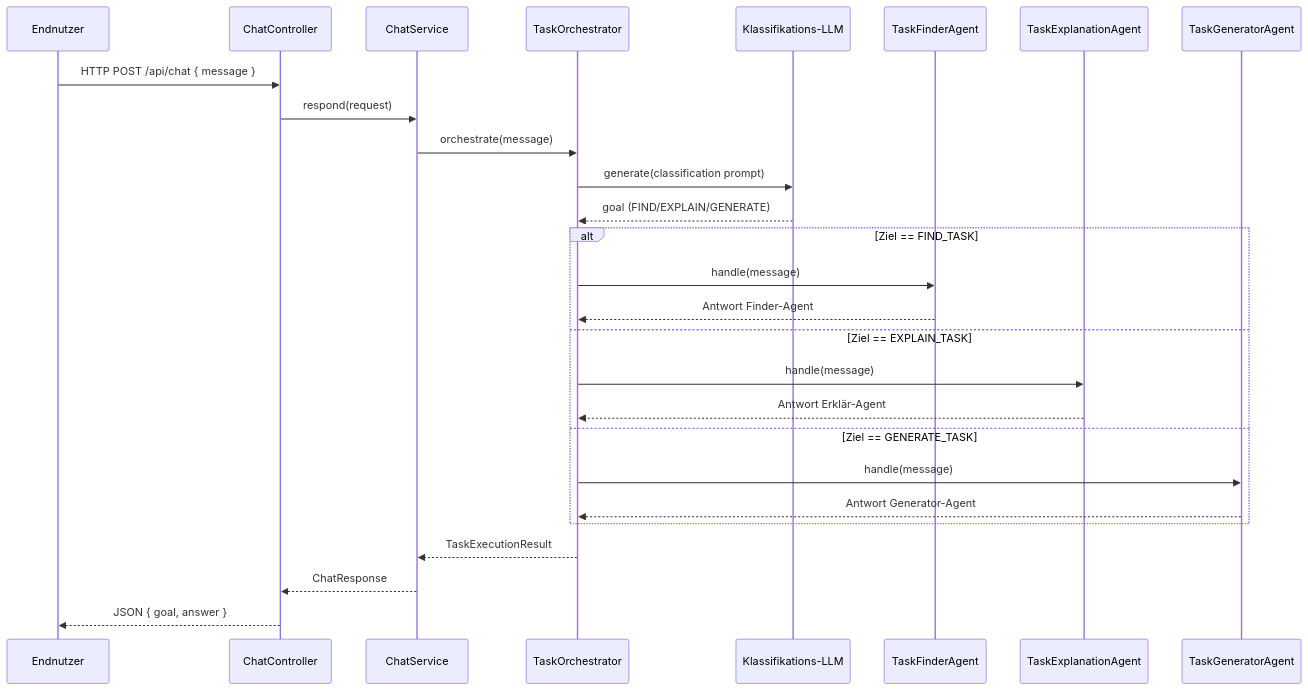
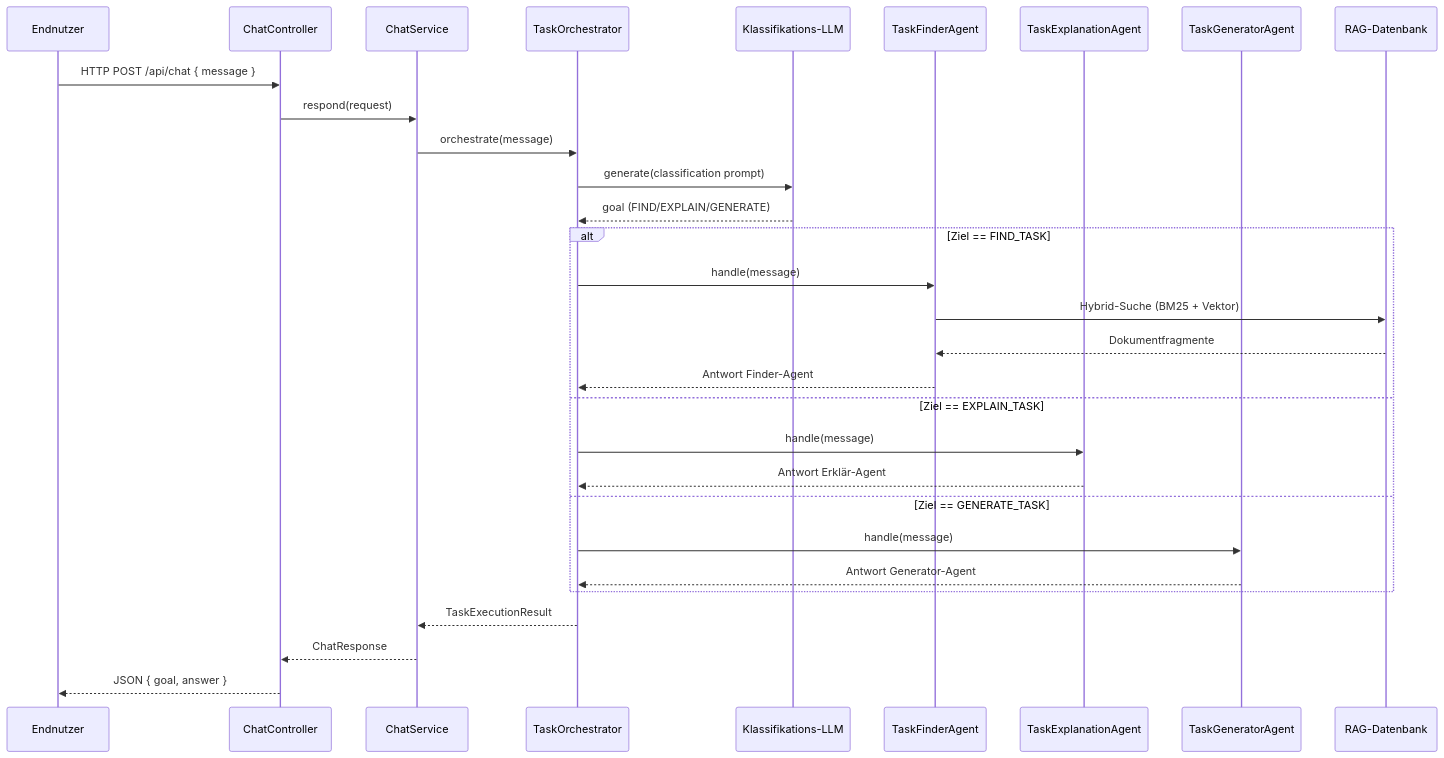
One commit to edigonzales/gretl-agent changed the diagram in README.md. Above: the diagram before and after it, drawn with Mermaid. The commit also changed other lines of this file and 9 other files, not shown here.

Commit message:
Implement hybrid GRETL task finder

````diff
--- a/README.md
+++ b/README.md
@@ -7,30 +7,33 @@
 ```mermaid
 sequenceDiagram
     participant User as Endnutzer
     participant Controller as ChatController
     participant Service as ChatService
     participant Orchestrator as TaskOrchestrator
     participant Classifier as Klassifikations-LLM
     participant Finder as TaskFinderAgent
     participant Explainer as TaskExplanationAgent
     participant Generator as TaskGeneratorAgent
+    participant RagStore as RAG-Datenbank
 
     User->>Controller: HTTP POST /api/chat { message }
     Controller->>Service: respond(request)
     Service->>Orchestrator: orchestrate(message)
     Orchestrator->>Classifier: generate(classification prompt)
     Classifier-->>Orchestrator: goal (FIND/EXPLAIN/GENERATE)
     alt Ziel == FIND_TASK
         Orchestrator->>Finder: handle(message)
+        Finder->>RagStore: Hybrid-Suche (BM25 + Vektor)
+        RagStore-->>Finder: Dokumentfragmente
         Finder-->>Orchestrator: Antwort Finder-Agent
     else Ziel == EXPLAIN_TASK
         Orchestrator->>Explainer: handle(message)
         Explainer-->>Orchestrator: Antwort Erklär-Agent
     else Ziel == GENERATE_TASK
         Orchestrator->>Generator: handle(message)
         Generator-->>Orchestrator: Antwort Generator-Agent
     end
     Orchestrator-->>Service: TaskExecutionResult
     Service-->>Controller: ChatResponse
     Controller-->>User: JSON { goal, answer }
 ```
````
